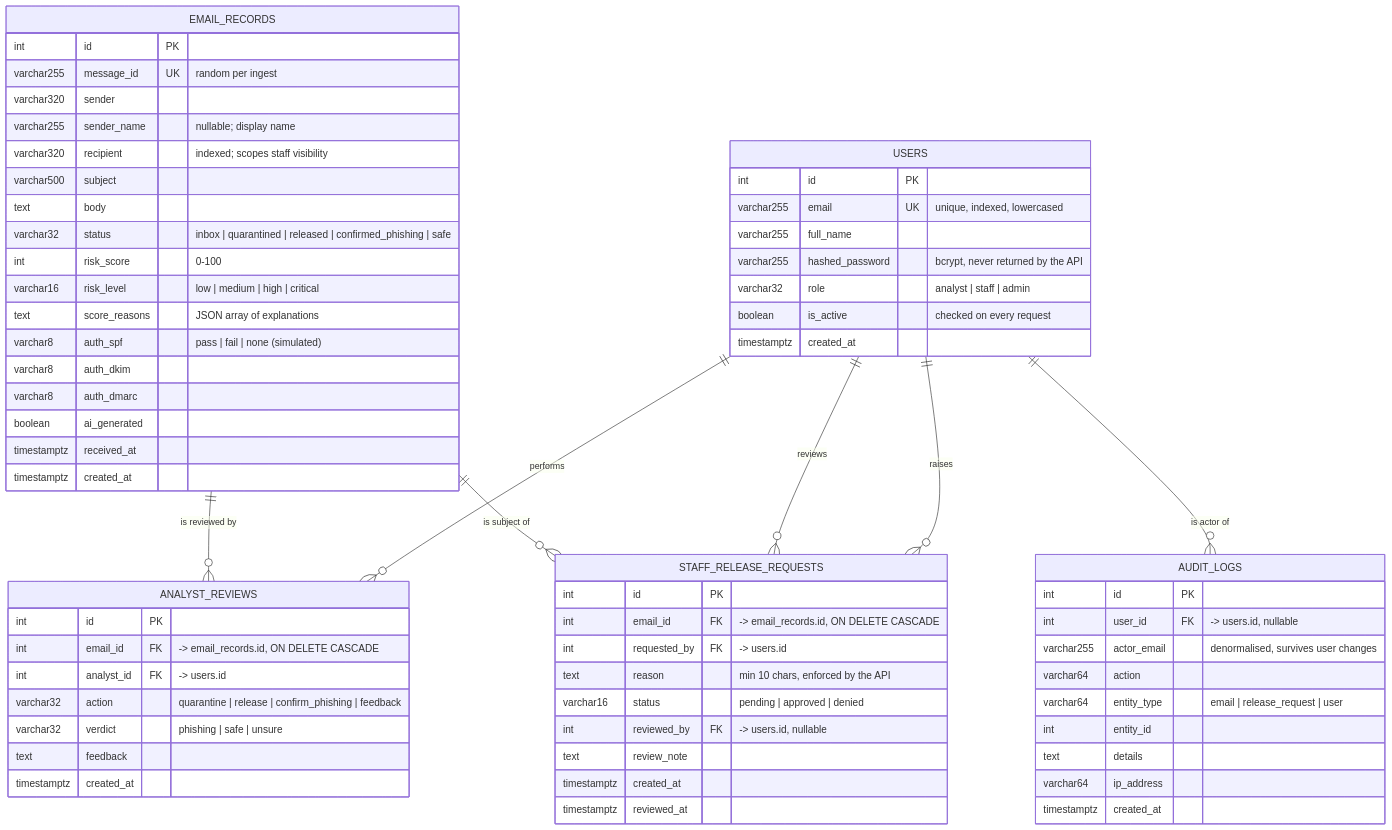
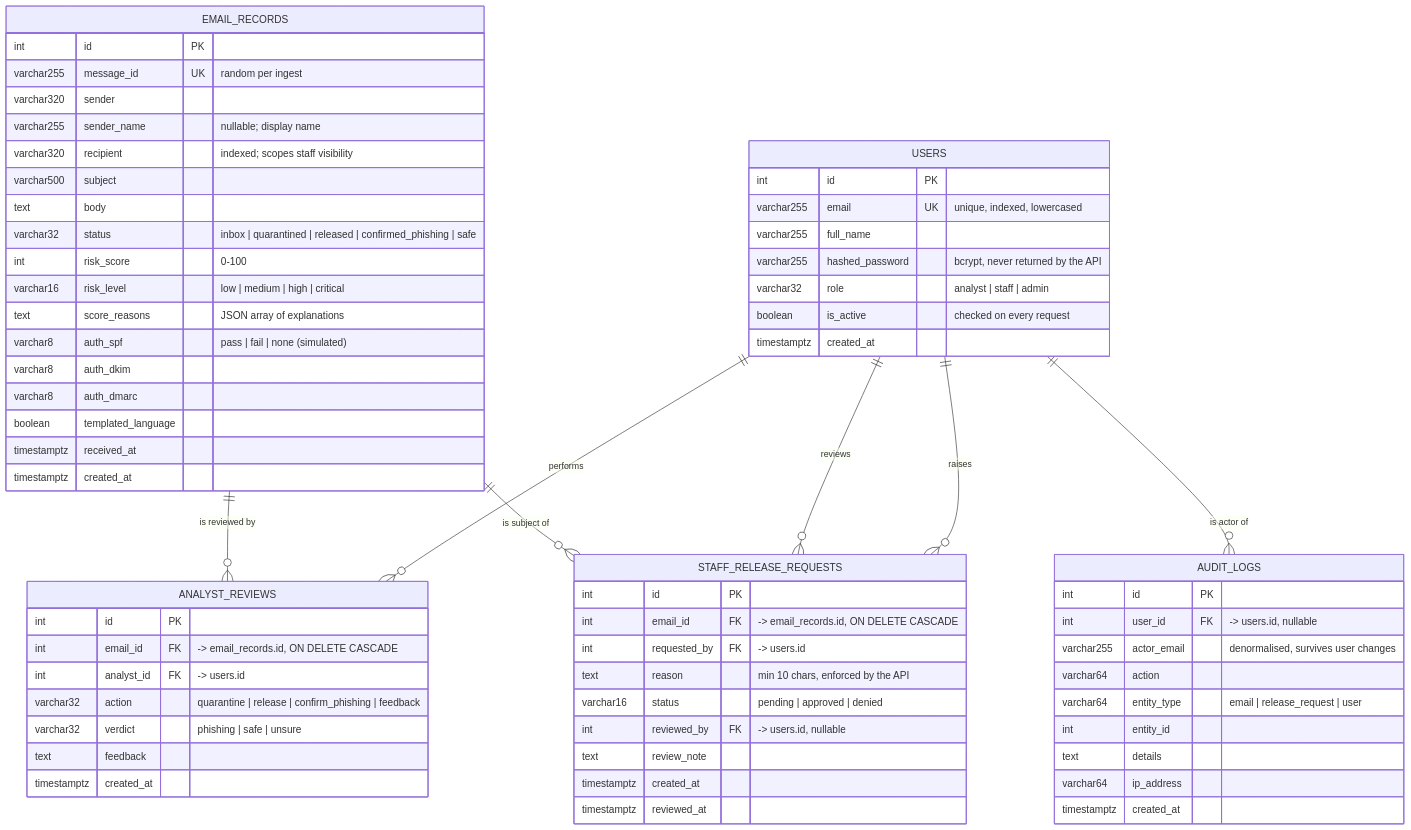
One commit to Toolstack7462/Mit208 changed the diagram in docs/ERD.md. Above: the diagram before and after it, drawn with Mermaid. The commit also changed 7 other files, not shown here.

First line of the commit message:
fix: finish the templated_language rename outside the application code

````diff
--- a/docs/ERD.md
+++ b/docs/ERD.md
@@ -10,73 +10,73 @@
 ```mermaid
 erDiagram
     USERS ||--o{ ANALYST_REVIEWS : "performs"
     USERS ||--o{ STAFF_RELEASE_REQUESTS : "raises"
     USERS ||--o{ STAFF_RELEASE_REQUESTS : "reviews"
     USERS ||--o{ AUDIT_LOGS : "is actor of"
     EMAIL_RECORDS ||--o{ ANALYST_REVIEWS : "is reviewed by"
     EMAIL_RECORDS ||--o{ STAFF_RELEASE_REQUESTS : "is subject of"
 
     USERS {
         int         id              PK
         varchar255  email           UK "unique, indexed, lowercased"
         varchar255  full_name
         varchar255  hashed_password "bcrypt, never returned by the API"
         varchar32   role            "analyst | staff | admin"
         boolean     is_active       "checked on every request"
         timestamptz created_at
     }
 
     EMAIL_RECORDS {
         int         id            PK
         varchar255  message_id    UK "random per ingest"
         varchar320  sender
         varchar255  sender_name   "nullable; display name"
         varchar320  recipient     "indexed; scopes staff visibility"
         varchar500  subject
         text        body
         varchar32   status        "inbox | quarantined | released | confirmed_phishing | safe"
         int         risk_score    "0-100"
         varchar16   risk_level    "low | medium | high | critical"
         text        score_reasons "JSON array of explanations"
         varchar8    auth_spf      "pass | fail | none (simulated)"
         varchar8    auth_dkim
         varchar8    auth_dmarc
-        boolean     ai_generated
+        boolean     templated_language
         timestamptz received_at
         timestamptz created_at
     }
 
     ANALYST_REVIEWS {
         int         id         PK
         int         email_id   FK "-> email_records.id, ON DELETE CASCADE"
         int         analyst_id FK "-> users.id"
         varchar32   action     "quarantine | release | confirm_phishing | feedback"
         varchar32   verdict    "phishing | safe | unsure"
         text        feedback
         timestamptz created_at
     }
 
     STAFF_RELEASE_REQUESTS {
         int         id           PK
         int         email_id     FK "-> email_records.id, ON DELETE CASCADE"
         int         requested_by FK "-> users.id"
         text        reason       "min 10 chars, enforced by the API"
         varchar16   status       "pending | approved | denied"
         int         reviewed_by  FK "-> users.id, nullable"
         text        review_note
         timestamptz created_at
         timestamptz reviewed_at
     }
 
     AUDIT_LOGS {
         int         id          PK
         int         user_id     FK "-> users.id, nullable"
         varchar255  actor_email "denormalised, survives user changes"
         varchar64   action
         varchar64   entity_type "email | release_request | user"
         int         entity_id
         text        details
         varchar64   ip_address
         timestamptz created_at
     }
 ```
````
